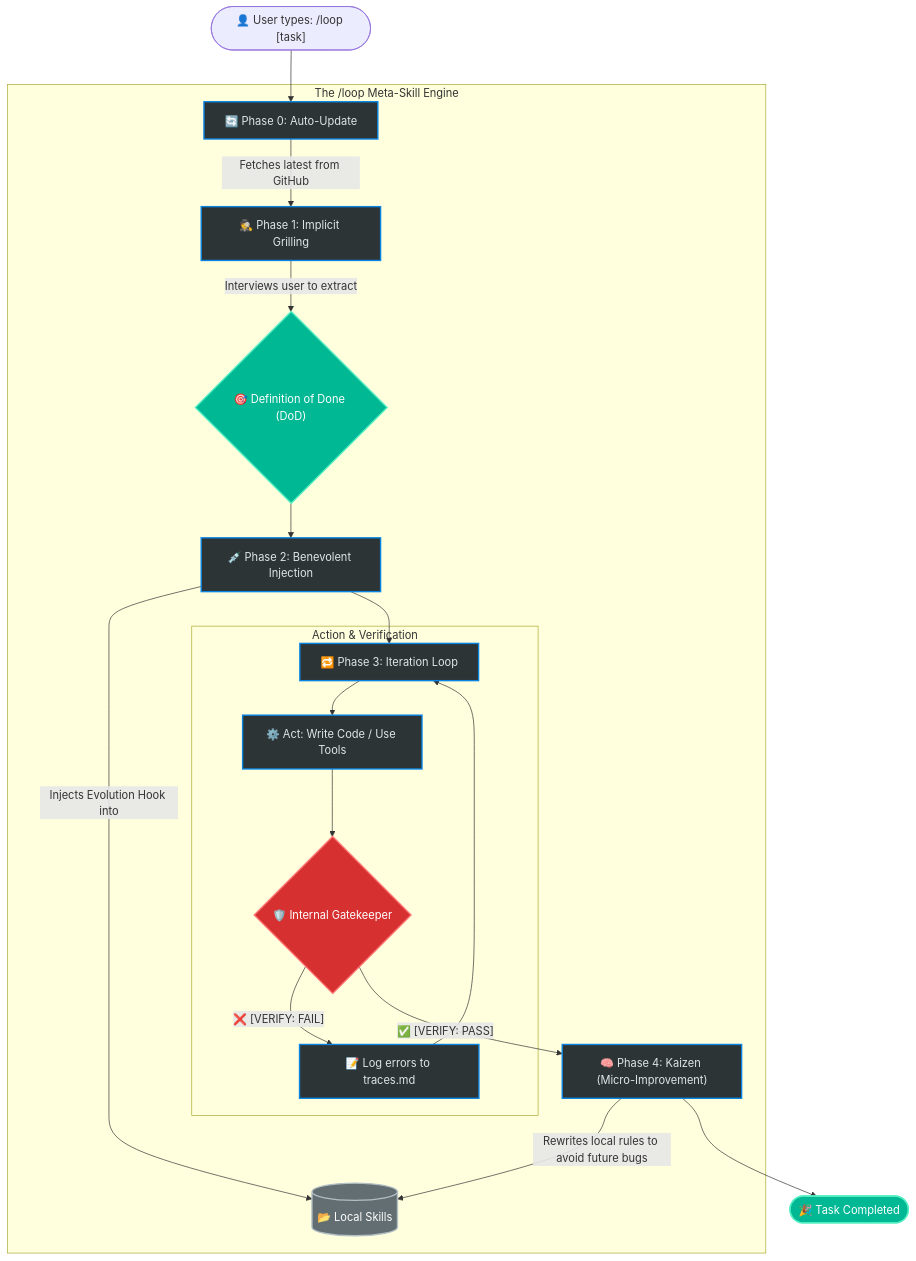
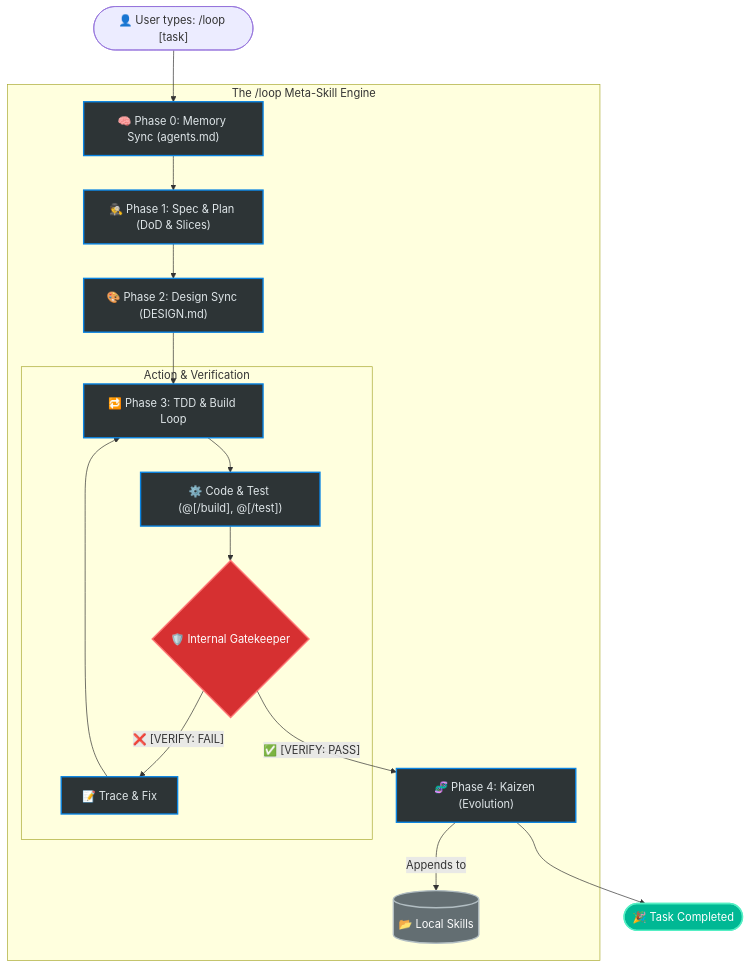
The diagram in README.md (alimzhankhalelov/awesome-evolving-skills), drawn with Mermaid before and after one commit. The commit also changed other lines of this file, not shown here.

Commit message:
docs: Update README.md to reflect new 0-to-1 orchestrator architecture

````diff
--- a/README.md
+++ b/README.md
@@ -112,35 +113,33 @@
 ```mermaid
 graph TD
     User(["👤 User types: /loop [task]"]) --> P0
     
     subgraph Engine [The /loop Meta-Skill Engine]
-        P0["🔄 Phase 0: Auto-Update"] -- "Fetches latest from GitHub" --> P1
-        P1["🕵️ Phase 1: Implicit Grilling"] -- "Interviews user to extract" --> DoD{"🎯 Definition of Done (DoD)"}
-        DoD --> P2["💉 Phase 2: Benevolent Injection"]
-        P2 -- "Injects Evolution Hook into" --> Skills[("📂 Local Skills")]
-        P2 --> P3["🔁 Phase 3: Iteration Loop"]
+        P0["🧠 Phase 0: Memory Sync (agents.md)"] --> P1
+        P1["🕵️ Phase 1: Spec & Plan (DoD & Slices)"] --> P2
+        P2["🎨 Phase 2: Design Sync (DESIGN.md)"] --> P3["🔁 Phase 3: TDD & Build Loop"]
         
         subgraph ExecLoop [Action & Verification]
-            P3 --> Act["⚙️ Act: Write Code / Use Tools"]
+            P3 --> Act["⚙️ Code & Test (@[/build], @[/test])"]
             Act --> Gatekeeper{"🛡️ Internal Gatekeeper"}
-            Gatekeeper -- "❌ [VERIFY: FAIL]" --> Trace["📝 Log errors to traces.md"]
+            Gatekeeper -- "❌ [VERIFY: FAIL]" --> Trace["📝 Trace & Fix"]
             Trace --> P3
         end
         
-        Gatekeeper -- "✅ [VERIFY: PASS]" --> P4["🧠 Phase 4: Kaizen (Micro-Improvement)"]
-        P4 -- "Rewrites local rules to avoid future bugs" --> Skills
+        Gatekeeper -- "✅ [VERIFY: PASS]" --> P4["🧬 Phase 4: Kaizen (Evolution)"]
+        P4 -- "Appends to <lessons_learned>" --> Skills[("📂 Local Skills")]
     end
     
     P4 --> Done(["🎉 Task Completed"])
     
     %% Styling (Dark Mode / Hacker aesthetic)
     classDef primary fill:#2d3436,stroke:#0984e3,stroke-width:2px,color:#dfe6e9;
     classDef gate fill:#d63031,stroke:#ff7675,stroke-width:2px,color:#fff;
     classDef pass fill:#00b894,stroke:#55efc4,stroke-width:2px,color:#fff;
     classDef db fill:#636e72,stroke:#b2bec3,stroke-width:2px,color:#fff;
     
     class P0,P1,P2,P3,P4,Act,Trace primary;
     class Gatekeeper gate;
     class Done,DoD pass;
     class Skills db;
 ```
````
